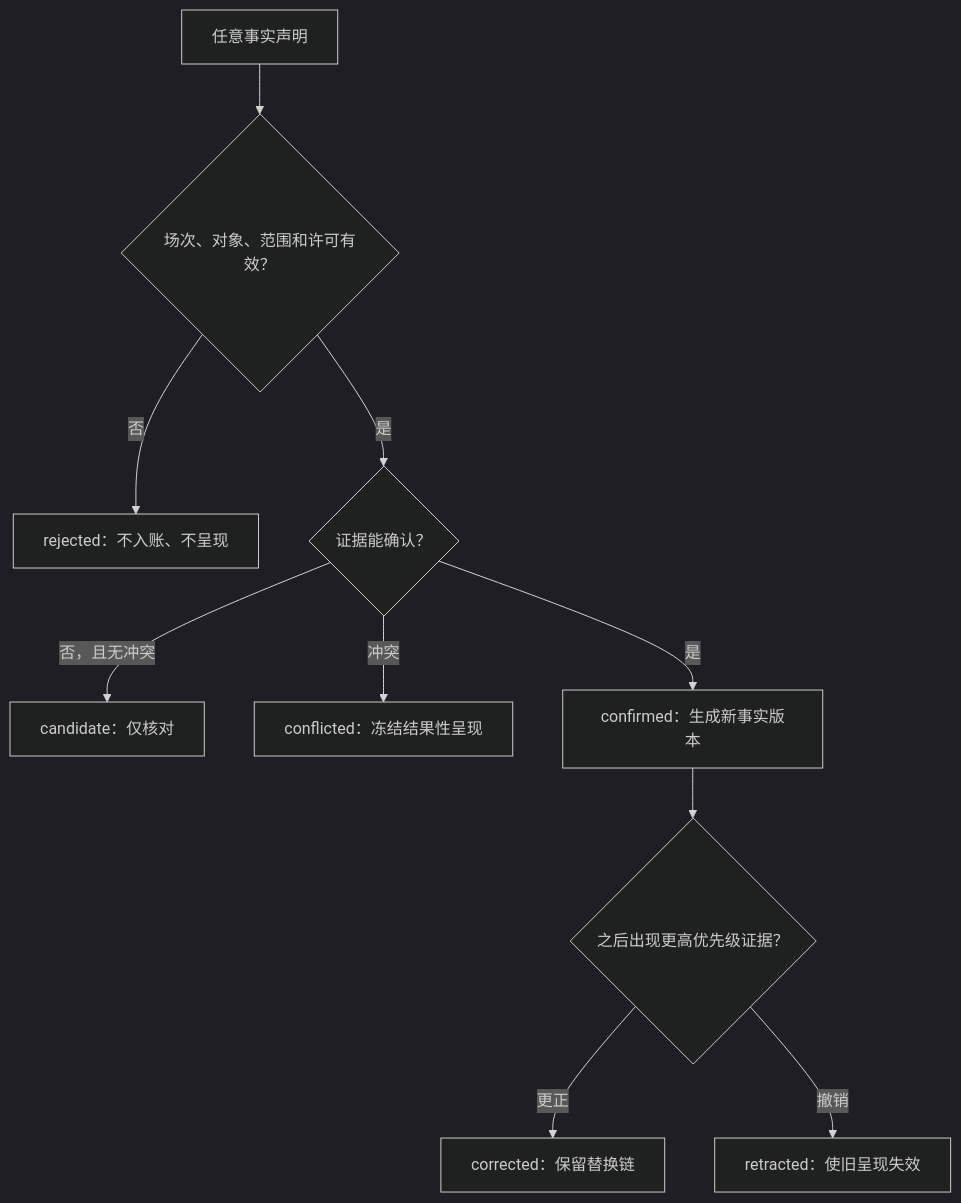
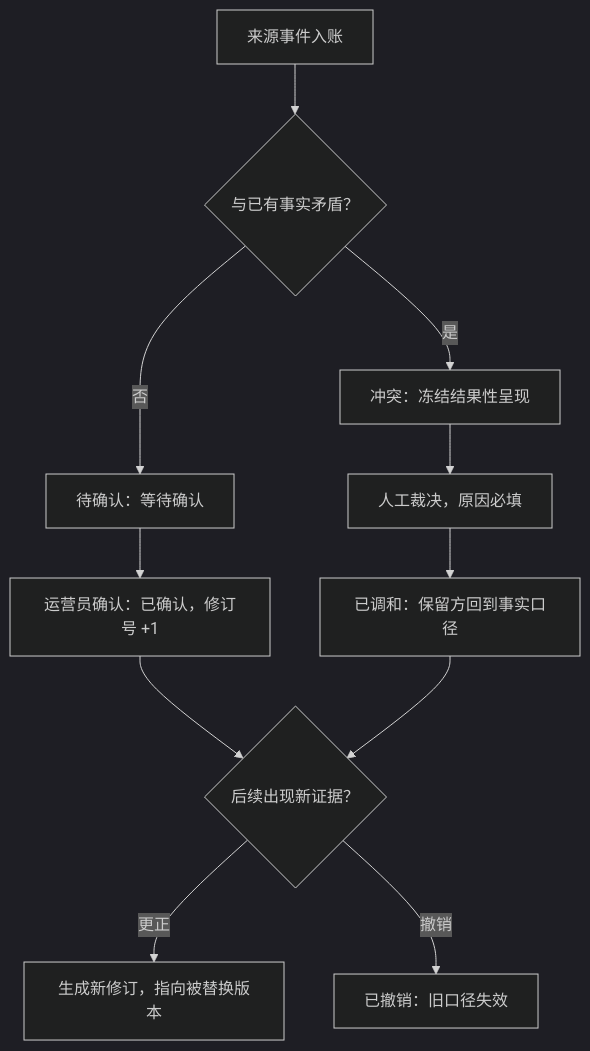
One commit to weiz98417-crypto/qiuqiu changed the second of 2 diagrams in docs/球球全套资料/8.附录/附录D-比赛事实状态机、数据字典与消息示例.md. Above: the diagram before and after it, drawn with Mermaid (dark theme). The commit also changed other lines of this file and 19 other files, not shown here.

````diff
--- a/docs/球球全套资料/8.附录/附录D-比赛事实状态机、数据字典与消息示例.md
+++ b/docs/球球全套资料/8.附录/附录D-比赛事实状态机、数据字典与消息示例.md
@@ -68,12 +45,13 @@
 ```mermaid
 flowchart TD
-    A[任意事实声明] --> B{场次、对象、范围和许可有效？}
-    B -->|否| X[rejected：不入账、不呈现]
-    B -->|是| C{证据能确认？}
-    C -->|否，且无冲突| D[candidate：仅核对]
-    C -->|冲突| E[conflicted：冻结结果性呈现]
-    C -->|是| F[confirmed：生成新事实版本]
-    F --> G{之后出现更高优先级证据？}
-    G -->|更正| H[corrected：保留替换链]
-    G -->|撤销| I[retracted：使旧呈现失效]
+    A[来源事件入账] --> B{与已有事实矛盾？}
+    B -->|否| C[待确认：等待确认]
+    B -->|是| D[冲突：冻结结果性呈现]
+    C --> E[运营员确认：已确认，修订号 +1]
+    D --> F[人工裁决，原因必填]
+    F --> G[已调和：保留方回到事实口径]
+    E --> H{后续出现新证据？}
+    G --> H
+    H -->|更正| I[生成新修订，指向被替换版本]
+    H -->|撤销| J[已撤销：旧口径失效]
 ```
````
